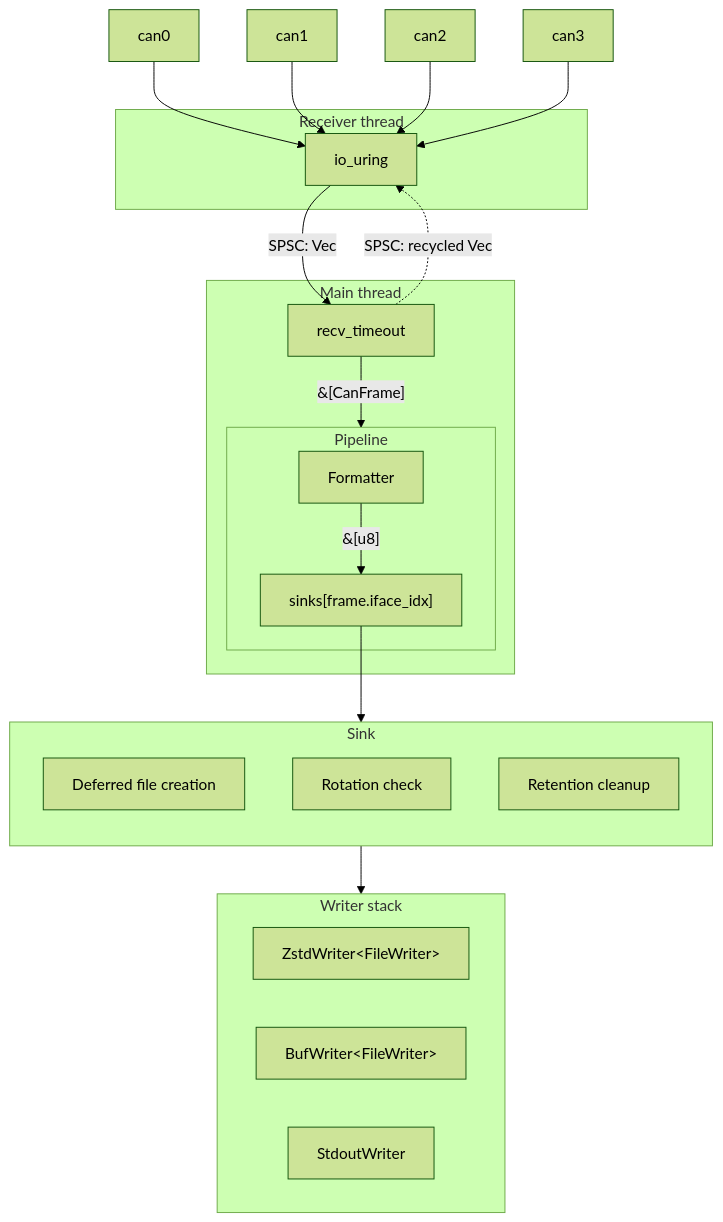
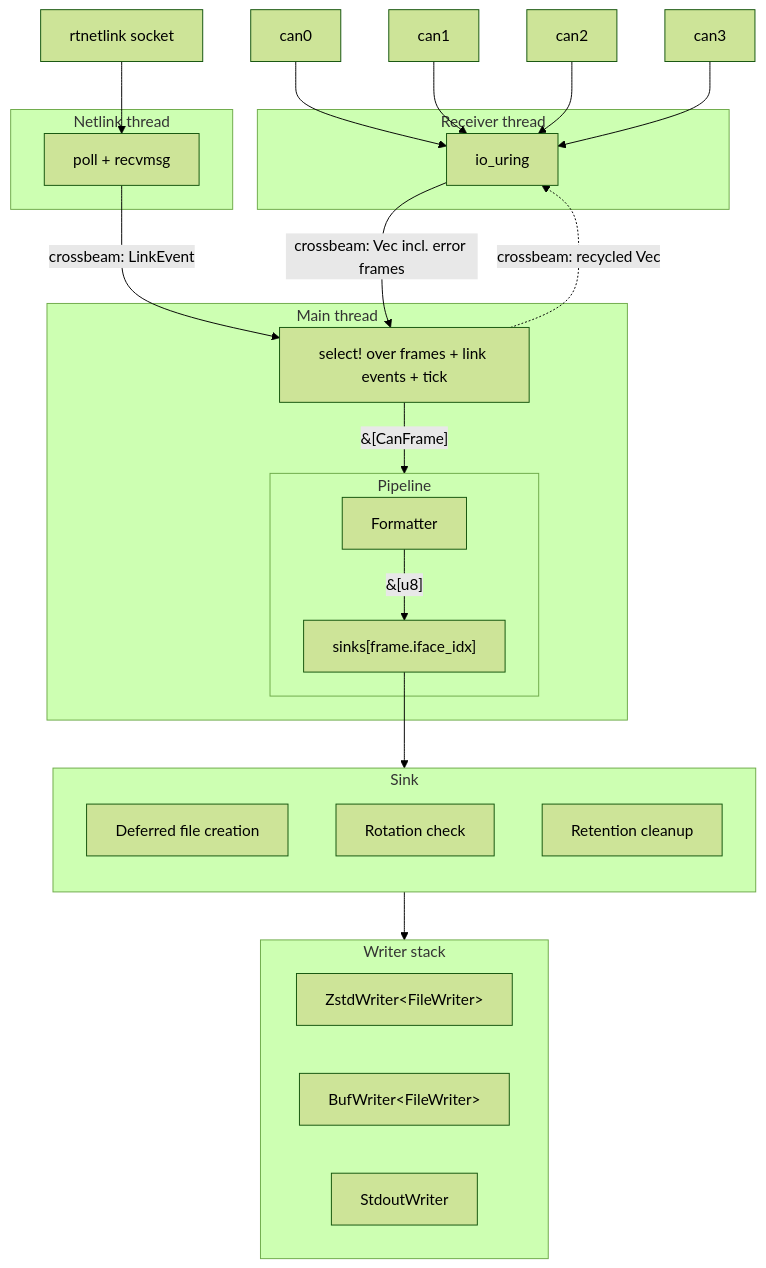
One commit to Notgnoshi/candemonium changed the first of 2 diagrams in docs/design/candumpr/02-architecture.md. Above: the diagram before and after it, drawn with Mermaid (forest theme). The commit also changed other lines of this file, not shown here.

Commit message:
Update architecture doc with new netlink monitor

````diff
--- a/docs/design/candumpr/02-architecture.md
+++ b/docs/design/candumpr/02-architecture.md
@@ -37,38 +37,44 @@
 ```mermaid
 graph TD
     can0 & can1 & can2 & can3 --> io_uring
+    nl[rtnetlink socket] --> nlthread
 
     subgraph recv [Receiver thread]
         io_uring
     end
 
-    io_uring --> |"SPSC: Vec<CanFrame>"| main_loop
-    main_loop -.-> |"SPSC: recycled Vec"| io_uring
+    subgraph netlink [Netlink thread]
+        nlthread["poll + recvmsg"]
+    end
+
+    io_uring --> |"crossbeam: Vec<CanFrame> incl. error frames"| main_loop
+    main_loop -.-> |"crossbeam: recycled Vec"| io_uring
+    nlthread --> |"crossbeam: LinkEvent"| main_loop
 
     subgraph main [Main thread]
-        main_loop["recv_timeout"]
+        main_loop["select! over frames + link events + tick"]
         main_loop --> |"&[CanFrame]"| Pipeline
     end
 
     subgraph Pipeline
         Formatter --> |"&[u8]"| dispatch["sinks[frame.iface_idx]"]
     end
 
     subgraph sink [Sink]
         direction TD
         deferred["Deferred file creation"]
         rotation["Rotation check"]
         retention["Retention cleanup"]
     end
 
     dispatch --> sink
 
     subgraph writers [Writer stack]
         direction LR
         compressed["ZstdWriter&lt;FileWriter&gt;"]
         uncompressed["BufWriter&lt;FileWriter&gt;"]
         live["StdoutWriter"]
     end
 
     sink --> writers
 ```
````
